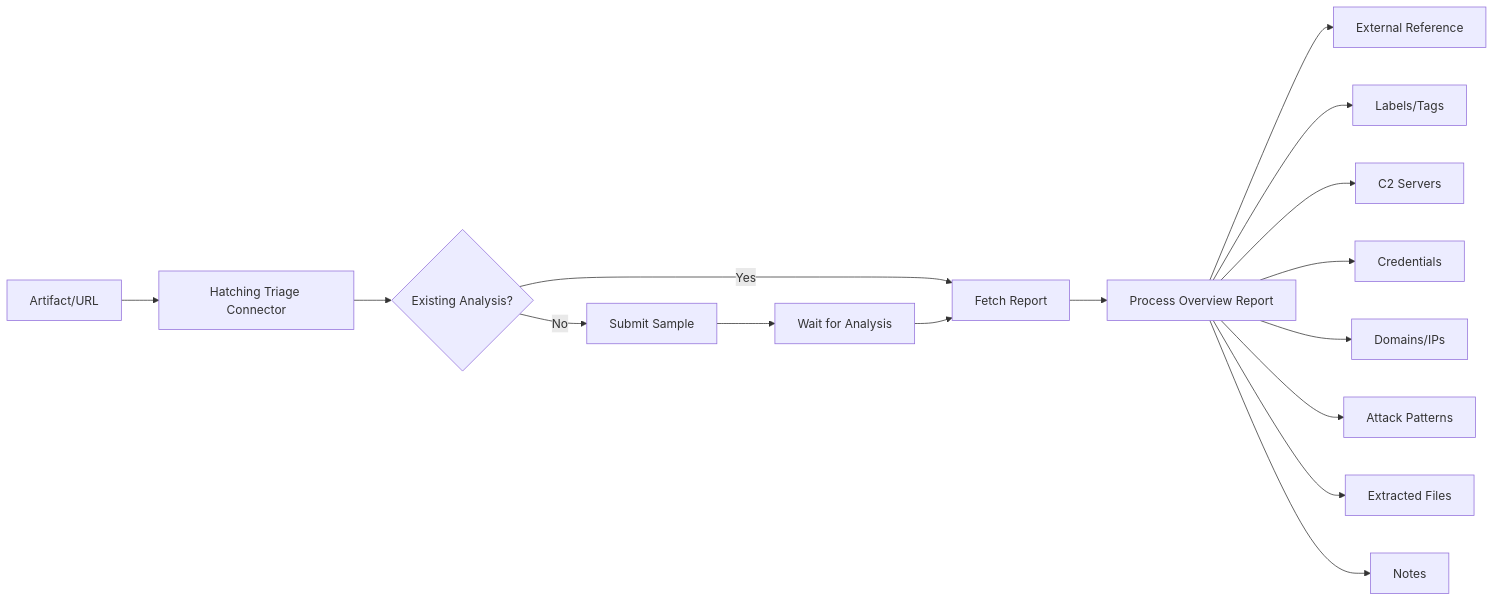
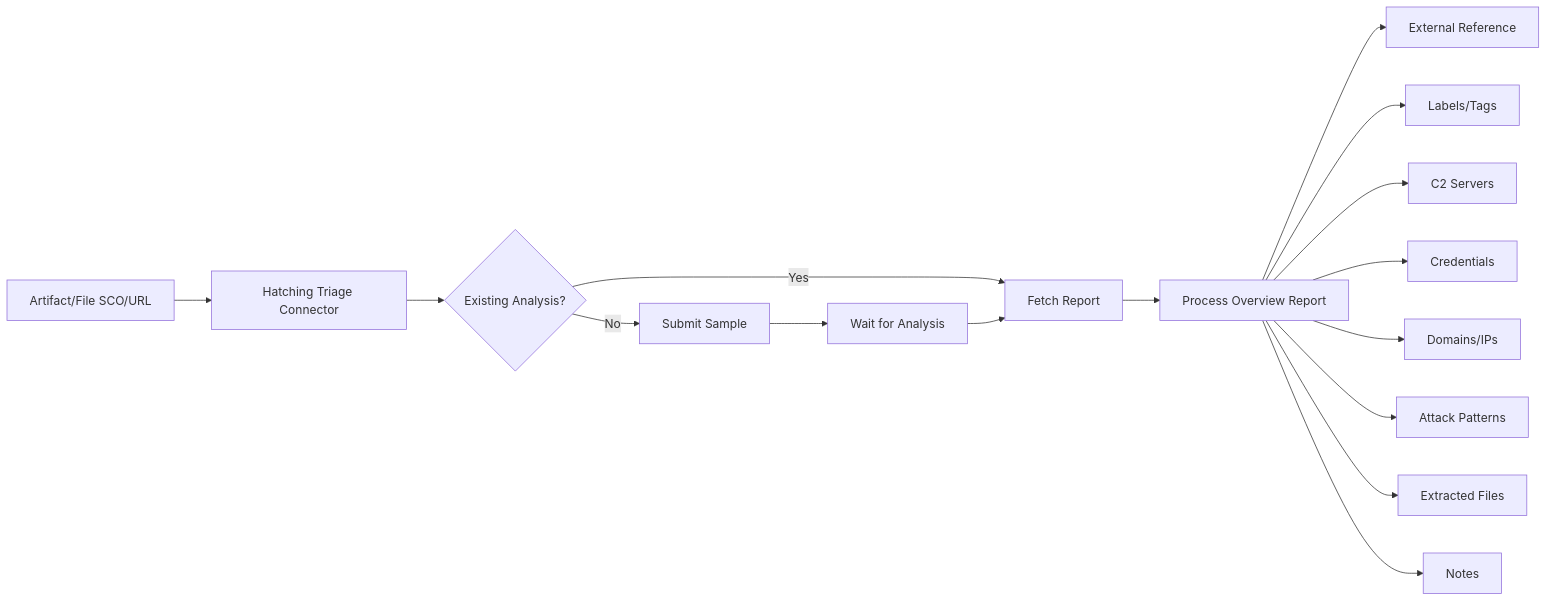
The diagram in internal-enrichment/hatching-triage-sandbox/README.md (OpenCTI-Platform/connectors), drawn with Mermaid before and after one commit. The commit also changed other lines of this file and 10 other files, not shown here.

````diff
--- a/internal-enrichment/hatching-triage-sandbox/README.md
+++ b/internal-enrichment/hatching-triage-sandbox/README.md
@@ -121,18 +121,18 @@
 ```mermaid
 flowchart LR
-    A[Artifact/URL] --> B[Hatching Triage Connector]
+    A[Artifact/File SCO/URL] --> B[Hatching Triage Connector]
     B --> C{Existing Analysis?}
     C -->|Yes| D[Fetch Report]
     C -->|No| E[Submit Sample]
     E --> F[Wait for Analysis]
     F --> D
     D --> G[Process Overview Report]
     G --> H[External Reference]
     G --> I[Labels/Tags]
     G --> J[C2 Servers]
     G --> K[Credentials]
     G --> L[Domains/IPs]
     G --> M[Attack Patterns]
     G --> N[Extracted Files]
     G --> O[Notes]
 ```
````
